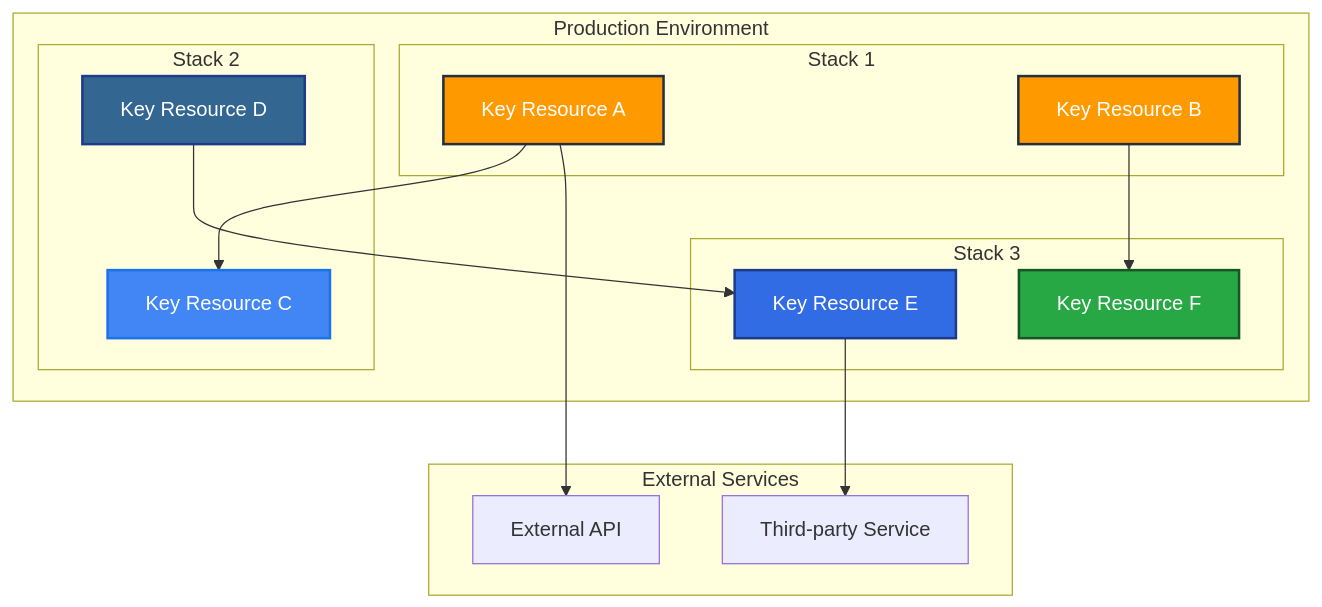
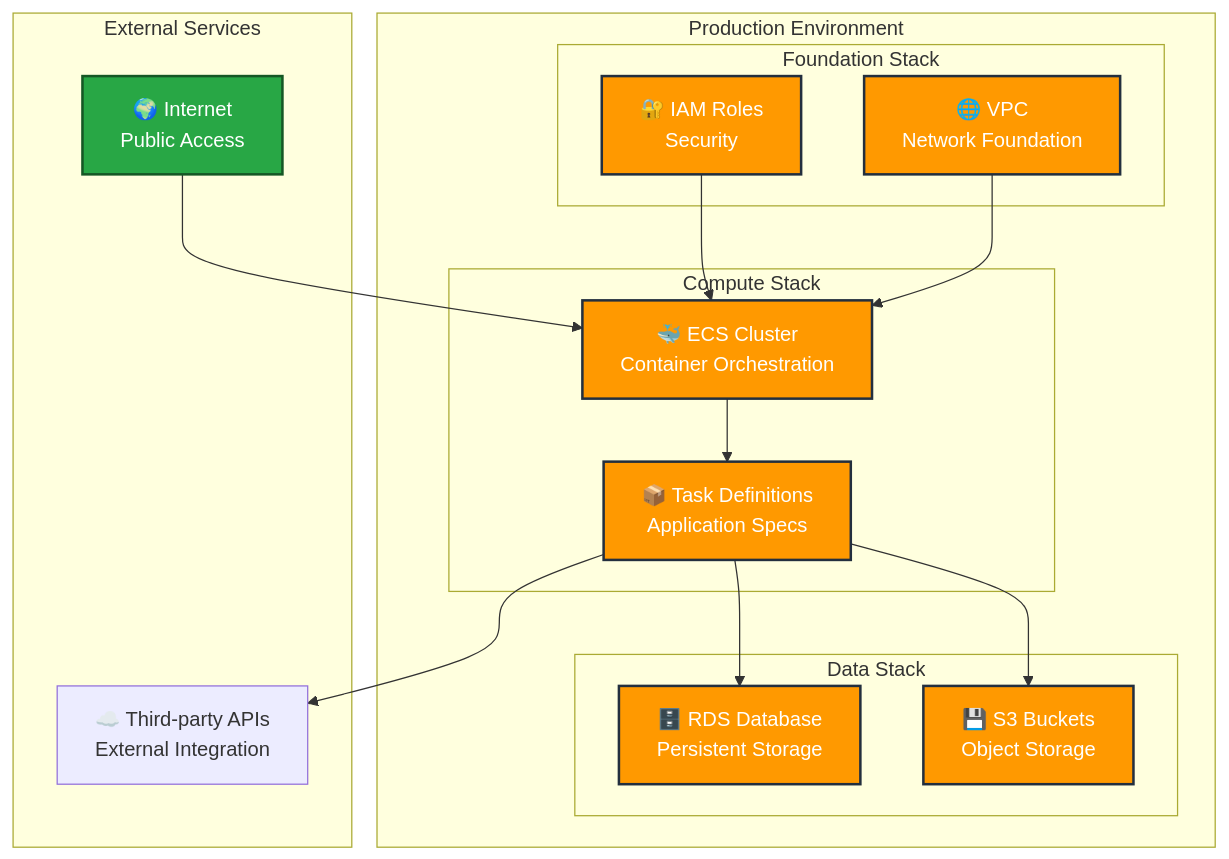
Before and after one commit to Elisabeth-Team/Architecture-Diagrams: the diagram in templates/master-template.md, drawn with Mermaid. The commit also changed 9 other files, not shown here.

Commit message:
Update architecture diagrams with AWS icons and infrastructure focus

````diff
--- a/templates/master-template.md
+++ b/templates/master-template.md
@@ -11,44 +11,51 @@
 ```mermaid
 graph TB
-    %% Define styles
-    classDef aws fill:#FF9900,stroke:#232F3E,stroke-width:2px,color:#fff
-    classDef gcp fill:#4285F4,stroke:#1a73e8,stroke-width:2px,color:#fff
-    classDef azure fill:#0078D4,stroke:#005a9e,stroke-width:2px,color:#fff
+    %% Define cloud provider icon styles
+    classDef awsCompute fill:#FF9900,stroke:#232F3E,stroke-width:2px,color:#fff
+    classDef awsNetwork fill:#FF9900,stroke:#232F3E,stroke-width:2px,color:#fff
+    classDef awsStorage fill:#FF9900,stroke:#232F3E,stroke-width:2px,color:#fff
+    classDef awsDatabase fill:#FF9900,stroke:#232F3E,stroke-width:2px,color:#fff
+    classDef awsSecurity fill:#FF9900,stroke:#232F3E,stroke-width:2px,color:#fff
+    classDef gcpCompute fill:#4285F4,stroke:#1a73e8,stroke-width:2px,color:#fff
+    classDef gcpNetwork fill:#4285F4,stroke:#1a73e8,stroke-width:2px,color:#fff
+    classDef gcpStorage fill:#4285F4,stroke:#1a73e8,stroke-width:2px,color:#fff
+    classDef azureCompute fill:#0078D4,stroke:#005a9e,stroke-width:2px,color:#fff
+    classDef azureNetwork fill:#0078D4,stroke:#005a9e,stroke-width:2px,color:#fff
     classDef k8s fill:#326CE5,stroke:#1e3a8a,stroke-width:2px,color:#fff
-    classDef db fill:#336791,stroke:#1e3a8a,stroke-width:2px,color:#fff
-    classDef lb fill:#28A745,stroke:#155724,stroke-width:2px,color:#fff
-    classDef storage fill:#FFC107,stroke:#856404,stroke-width:2px,color:#000
-    classDef stack fill:#6C757D,stroke:#495057,stroke-width:3px,color:#fff
-    
+    classDef stackref fill:#9C27B0,stroke:#6A1B9A,stroke-width:2px,color:#fff
+    classDef internet fill:#28A745,stroke:#155724,stroke-width:2px,color:#fff
+
     %% Example structure - replace with actual stacks and relationships
     subgraph "Production Environment"
-        subgraph "Stack 1"
-            S1A[Key Resource A]:::aws
-            S1B[Key Resource B]:::aws
+        subgraph "Foundation Stack"
+            VPC["🌐 VPC<br/>Network Foundation"]:::awsNetwork
+            IAM["🔐 IAM Roles<br/>Security"]:::awsSecurity
         end
-        
-        subgraph "Stack 2"
-            S2A[Key Resource C]:::gcp
-            S2B[Key Resource D]:::db
+
+        subgraph "Compute Stack"
+            ECS["🐳 ECS Cluster<br/>Container Orchestration"]:::awsCompute
+            TASKS["📦 Task Definitions<br/>Application Specs"]:::awsCompute
         end
-        
-        subgraph "Stack 3"
-            S3A[Key Resource E]:::k8s
-            S3B[Key Resource F]:::lb
+
+        subgraph "Data Stack"
+            RDS["🗄️ RDS Database<br/>Persistent Storage"]:::awsDatabase
+            S3["💾 S3 Buckets<br/>Object Storage"]:::awsStorage
         end
     end
-    
+
     subgraph "External Services"
-        EXT1[External API]
-        EXT2[Third-party Service]
+        INTERNET["🌍 Internet<br/>Public Access"]:::internet
+        EXTERNAL["☁️ Third-party APIs<br/>External Integration"]
     end
-    
+
     %% Stack relationships via StackReferences
-    S1A --> S2A
-    S2B --> S3A
-    S1B --> S3B
-    
+    IAM --> ECS
+    VPC --> ECS
+    ECS --> TASKS
+    TASKS --> RDS
+    TASKS --> S3
+
     %% External connections
-    S1A --> EXT1
-    S3A --> EXT2
+    INTERNET --> ECS
+    TASKS --> EXTERNAL
 ```
````
